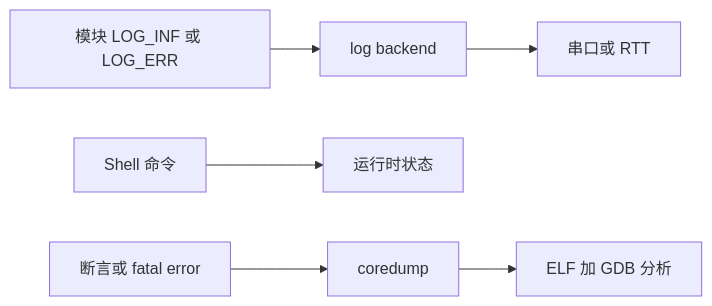
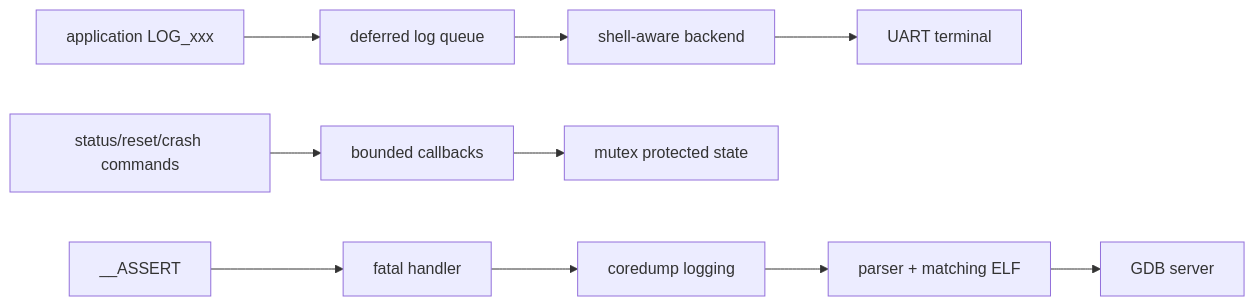
Before and after one commit to cdragon-ljl/EEandEdgeAI: the first of 2 diagrams in docs/articles/zephyr/zephyr-18-logging-shell-debug.md, drawn with Mermaid. The commit also changed other lines of this file and 35 other files, not shown here.

````diff
--- a/docs/articles/zephyr/zephyr-18-logging-shell-debug.md
+++ b/docs/articles/zephyr/zephyr-18-logging-shell-debug.md
@@ -15,8 +17,12 @@
 ```mermaid
 flowchart LR
-    A[模块 LOG_INF 或 LOG_ERR] --> B[log backend]
-    B --> C[串口或 RTT]
-    D[Shell 命令] --> E[运行时状态]
-    F[断言或 fatal error] --> G[coredump]
-    G --> H[ELF 加 GDB 分析]
+    A[application LOG_xxx] --> B[deferred log queue]
+    B --> C[shell-aware backend]
+    C --> D[UART terminal]
+    E[status/reset/crash commands] --> F[bounded callbacks]
+    F --> G[mutex protected state]
+    H[__ASSERT] --> I[fatal handler]
+    I --> J[coredump logging]
+    J --> K[parser + matching ELF]
+    K --> L[GDB server]
 ```
````
